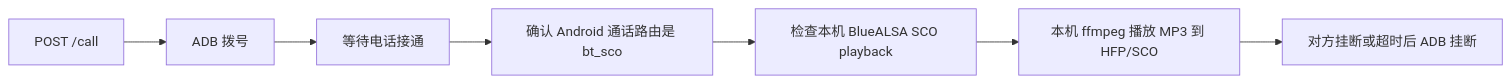
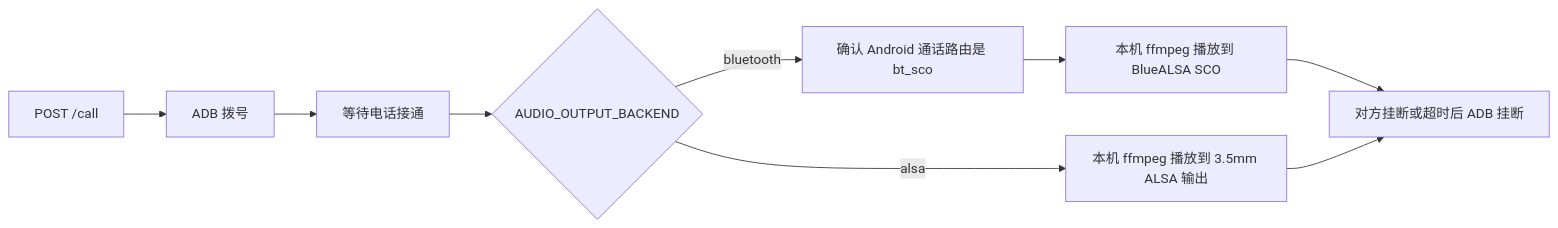
The diagram in README.md (liuzhuogood/AutoCallBot), drawn with Mermaid before and after one commit. The commit also changed other lines of this file and 5 other files, not shown here.

````diff
--- a/README.md
+++ b/README.md
@@ -7,9 +7,11 @@
 ```mermaid
 flowchart LR
     A["POST /call"] --> B["ADB 拨号"]
     B --> C["等待电话接通"]
-    C --> D["确认 Android 通话路由是 bt_sco"]
-    D --> E["检查本机 BlueALSA SCO playback"]
-    E --> F["本机 ffmpeg 播放 MP3 到 HFP/SCO"]
-    F --> G["对方挂断或超时后 ADB 挂断"]
+    C --> D{"AUDIO_OUTPUT_BACKEND"}
+    D -->|bluetooth| E["确认 Android 通话路由是 bt_sco"]
+    E --> F["本机 ffmpeg 播放到 BlueALSA SCO"]
+    D -->|alsa| G["本机 ffmpeg 播放到 3.5mm ALSA 输出"]
+    F --> H["对方挂断或超时后 ADB 挂断"]
+    G --> H
 ```
````
